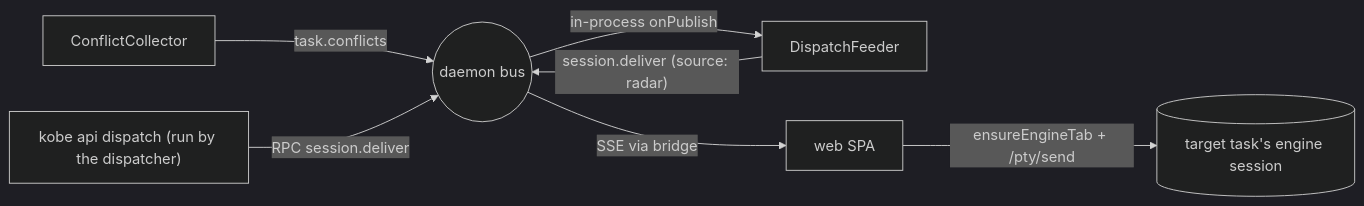
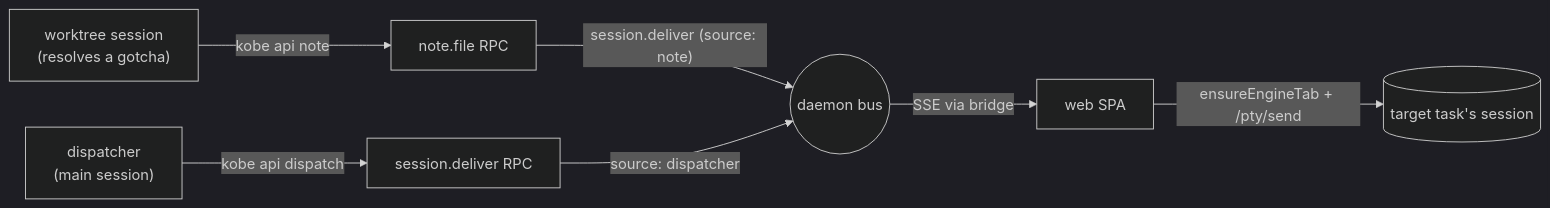
Before and after one commit to Sma1lboy/kobe: the diagram in docs/design/dispatcher.md, drawn with Mermaid (dark theme). The commit also changed other lines of this file and 17 other files, not shown here.

First line of the commit message:
feat: rework the dispatcher into a field-notes router; conflicts are display-only

````diff
--- a/docs/design/dispatcher.md
+++ b/docs/design/dispatcher.md
@@ -15,9 +16,9 @@
 ```mermaid
 flowchart LR
-  CC[ConflictCollector] -- "task.conflicts" --> Bus((daemon bus))
-  Bus -- in-process onPublish --> DF[DispatchFeeder]
-  DF -- "session.deliver (source: radar)" --> Bus
-  CLI["kobe api dispatch (run by the dispatcher)"] -- "RPC session.deliver" --> Bus
+  W["worktree session\n(resolves a gotcha)"] -- "kobe api note" --> RPC[note.file RPC]
+  RPC -- "session.deliver (source: note)" --> Bus((daemon bus))
+  D["dispatcher\n(main session)"] -- "kobe api dispatch" --> RPC2[session.deliver RPC]
+  RPC2 -- "source: dispatcher" --> Bus
   Bus -- SSE via bridge --> SPA[web SPA]
-  SPA -- "ensureEngineTab + /pty/send" --> S[(target task's engine session)]
+  SPA -- "ensureEngineTab + /pty/send" --> S[(target task's session)]
 ```
````
